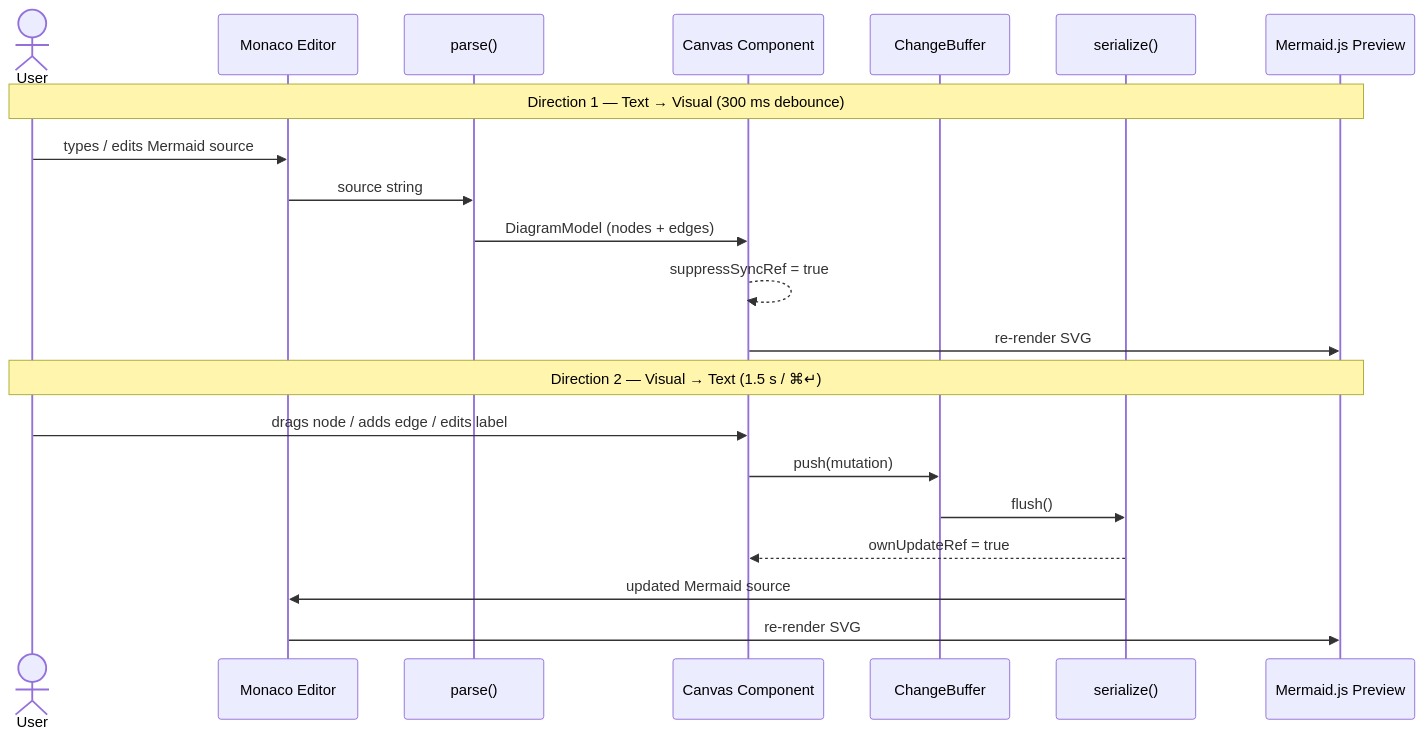
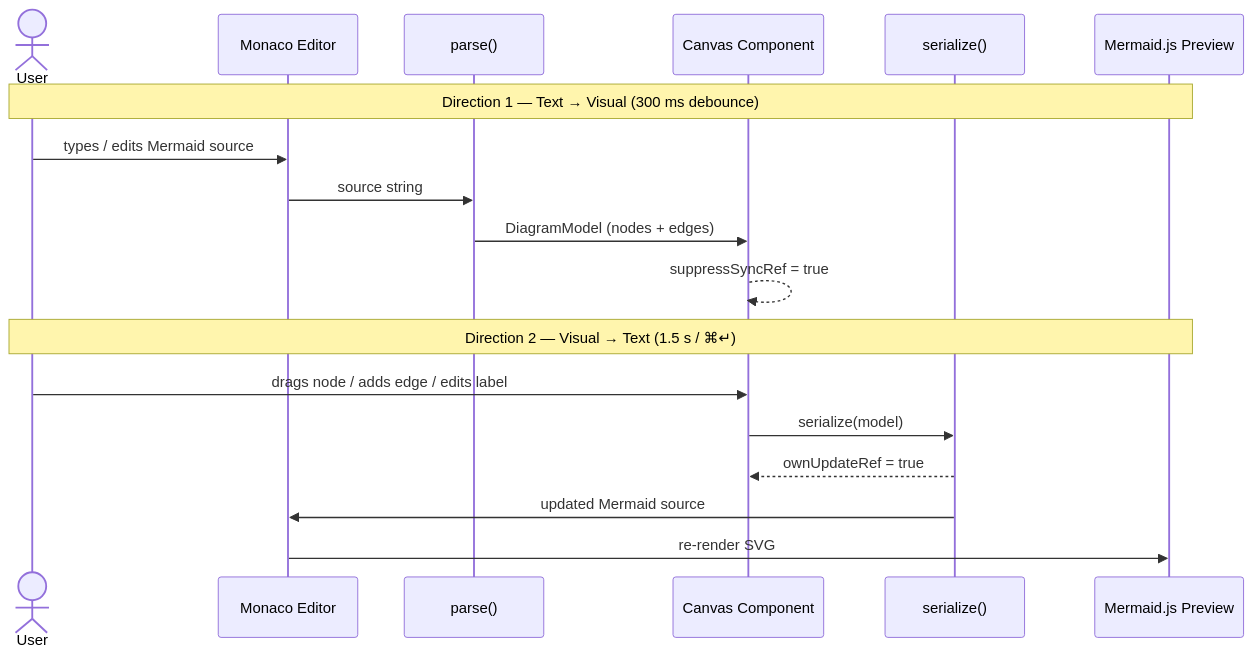
One commit to tfrancisl/mermaid-visual-editor changed the second of 2 diagrams in docs/architecture.md. Above: the diagram before and after it, drawn with Mermaid. The commit also changed other lines of this file and 9 other files, not shown here.

````diff
--- a/docs/architecture.md
+++ b/docs/architecture.md
@@ -53,25 +50,22 @@
 ```mermaid
 sequenceDiagram
     actor User
     participant Monaco as Monaco Editor
     participant Parser as parse()
     participant Canvas as Canvas Component
-    participant Buffer as ChangeBuffer
     participant Serializer as serialize()
     participant Preview as Mermaid.js Preview
 
     Note over User,Preview: Direction 1 — Text → Visual (300 ms debounce)
     User->>Monaco: types / edits Mermaid source
     Monaco->>Parser: source string
     Parser->>Canvas: DiagramModel (nodes + edges)
     Canvas-->>Canvas: suppressSyncRef = true
-    Canvas->>Preview: re-render SVG
 
     Note over User,Preview: Direction 2 — Visual → Text (1.5 s / ⌘↵)
     User->>Canvas: drags node / adds edge / edits label
-    Canvas->>Buffer: push(mutation)
-    Buffer->>Serializer: flush()
+    Canvas->>Serializer: serialize(model)
     Serializer-->>Canvas: ownUpdateRef = true
     Serializer->>Monaco: updated Mermaid source
     Monaco->>Preview: re-render SVG
 ```
````
